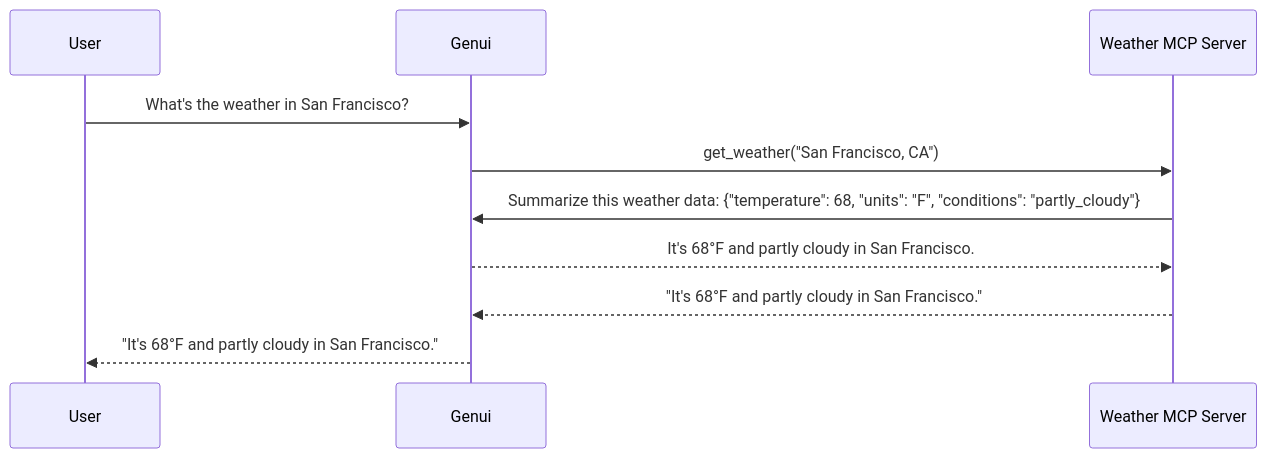
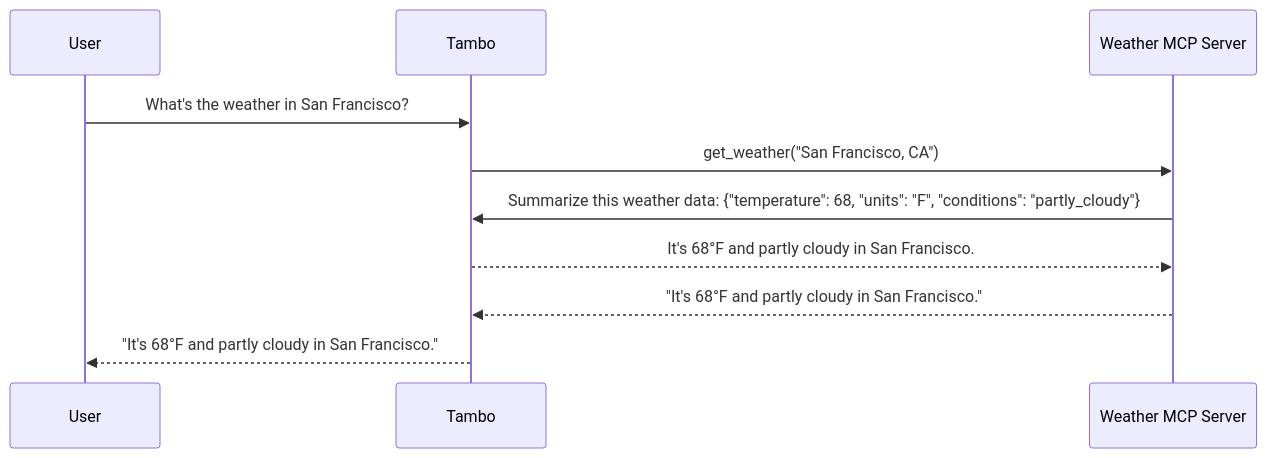
The second of 2 diagrams in apps/web/app/blog/posts/mcp-sampling-support/page.mdx (awardsapp/tambo-genui), drawn with Mermaid before and after one commit. The commit also changed other lines of this file and 1111 other files, not shown here.

````diff
--- a/apps/web/app/blog/posts/mcp-sampling-support/page.mdx
+++ b/apps/web/app/blog/posts/mcp-sampling-support/page.mdx
@@ -46,14 +46,14 @@
 ```mermaid
 sequenceDiagram
     participant U as User
-    participant T as Genui
+    participant T as Tambo
     participant M as Weather MCP Server
 
     U->>T: What's the weather in San Francisco?
     T->>M: get_weather("San Francisco, CA");
     M->>T: Summarize this weather data: {"temperature": 68, "units": "F", "conditions": "partly_cloudy"}
     T-->>M: It's 68°F and partly cloudy in San Francisco.
     M-->>T: "It's 68°F and partly cloudy in San Francisco."
     T-->>U: "It's 68°F and partly cloudy in San Francisco."
 
 ```
````
